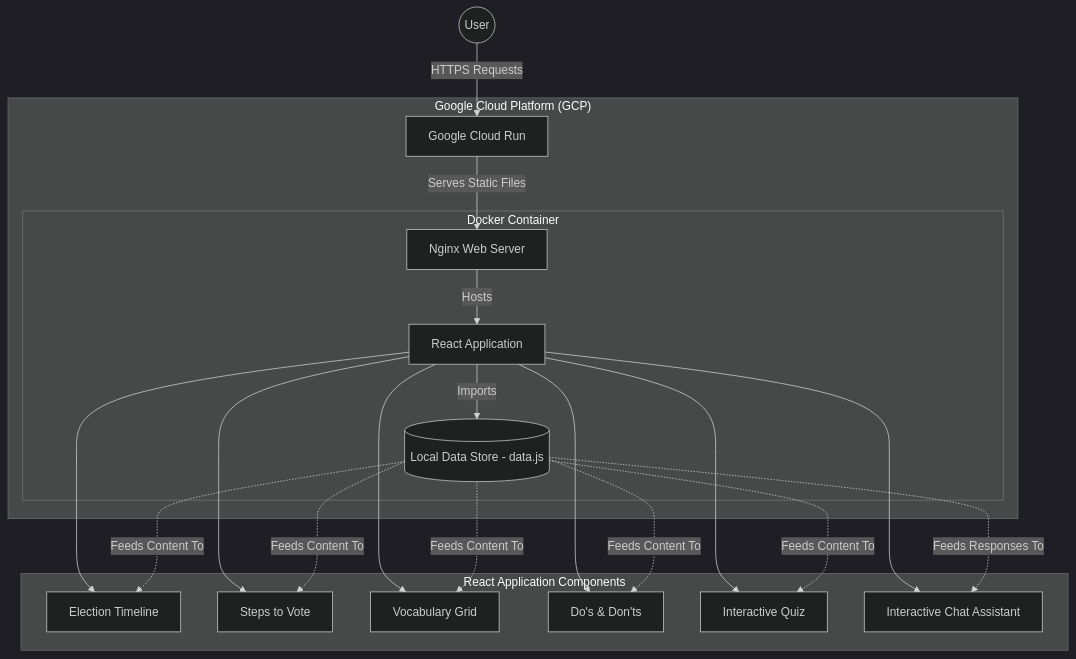
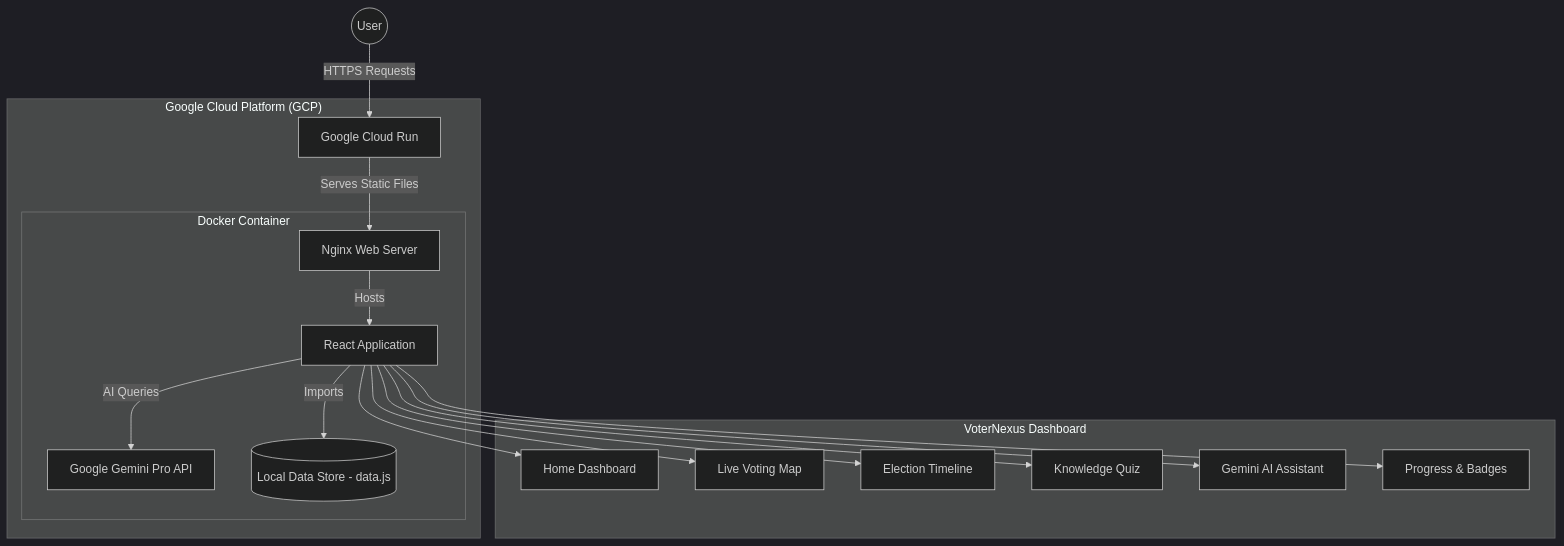
The diagram in README.md (Avi10jana/voternexus-election-assistant), drawn with Mermaid (dark theme) before and after one commit. The commit also changed other lines of this file, not shown here.

Commit message:
Updated README with VoterNexus branding and live demo link

````diff
--- a/README.md
+++ b/README.md
@@ -29,32 +31,25 @@
 ```mermaid
 graph TD
     %% User Interaction
     User((User)) -->|HTTPS Requests| CloudRun[Google Cloud Run]
 
     subgraph "Google Cloud Platform (GCP)"
         CloudRun -->|Serves Static Files| Nginx[Nginx Web Server]
         
         subgraph "Docker Container"
             Nginx -->|Hosts| ReactApp[React Application]
+            ReactApp -->|AI Queries| GeminiAPI[Google Gemini Pro API]
             ReactApp -->|Imports| DataLayer[(Local Data Store - data.js)]
         end
     end
 
-    %% Internal React Components
-    subgraph "React Application Components"
+    %% Internal React Pages
+    subgraph "VoterNexus Dashboard"
+        ReactApp --> Home[Home Dashboard]
+        ReactApp --> Map[Live Voting Map]
         ReactApp --> Timeline[Election Timeline]
-        ReactApp --> Steps[Steps to Vote]
-        ReactApp --> Vocab[Vocabulary Grid]
-        ReactApp --> DosDonts[Do's & Don'ts]
-        ReactApp --> Quiz[Interactive Quiz]
-        ReactApp --> Chatbot[Interactive Chat Assistant]
+        ReactApp --> Quiz[Knowledge Quiz]
+        ReactApp --> Chat[Gemini AI Assistant]
+        ReactApp --> Progress[Progress & Badges]
     end
-
-    %% Data Flow
-    DataLayer -.->|Feeds Content To| Timeline
-    DataLayer -.->|Feeds Content To| Steps
-    DataLayer -.->|Feeds Content To| Vocab
-    DataLayer -.->|Feeds Content To| DosDonts
-    DataLayer -.->|Feeds Content To| Quiz
-    DataLayer -.->|Feeds Responses To| Chatbot
 ```
````
